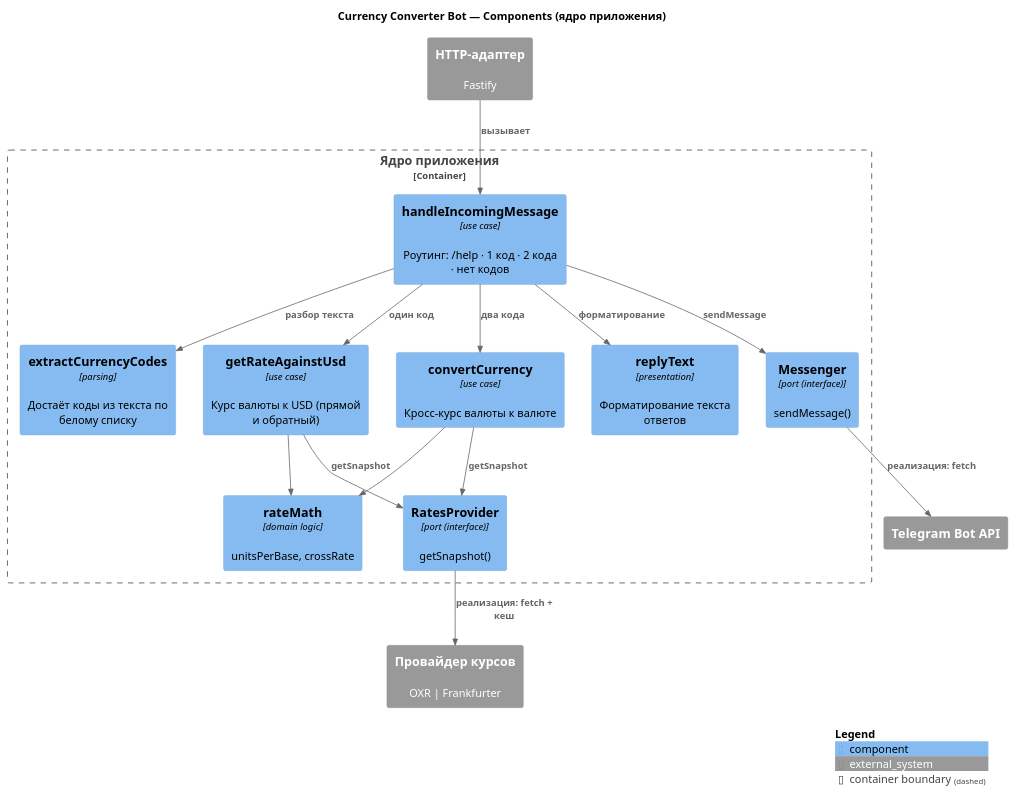
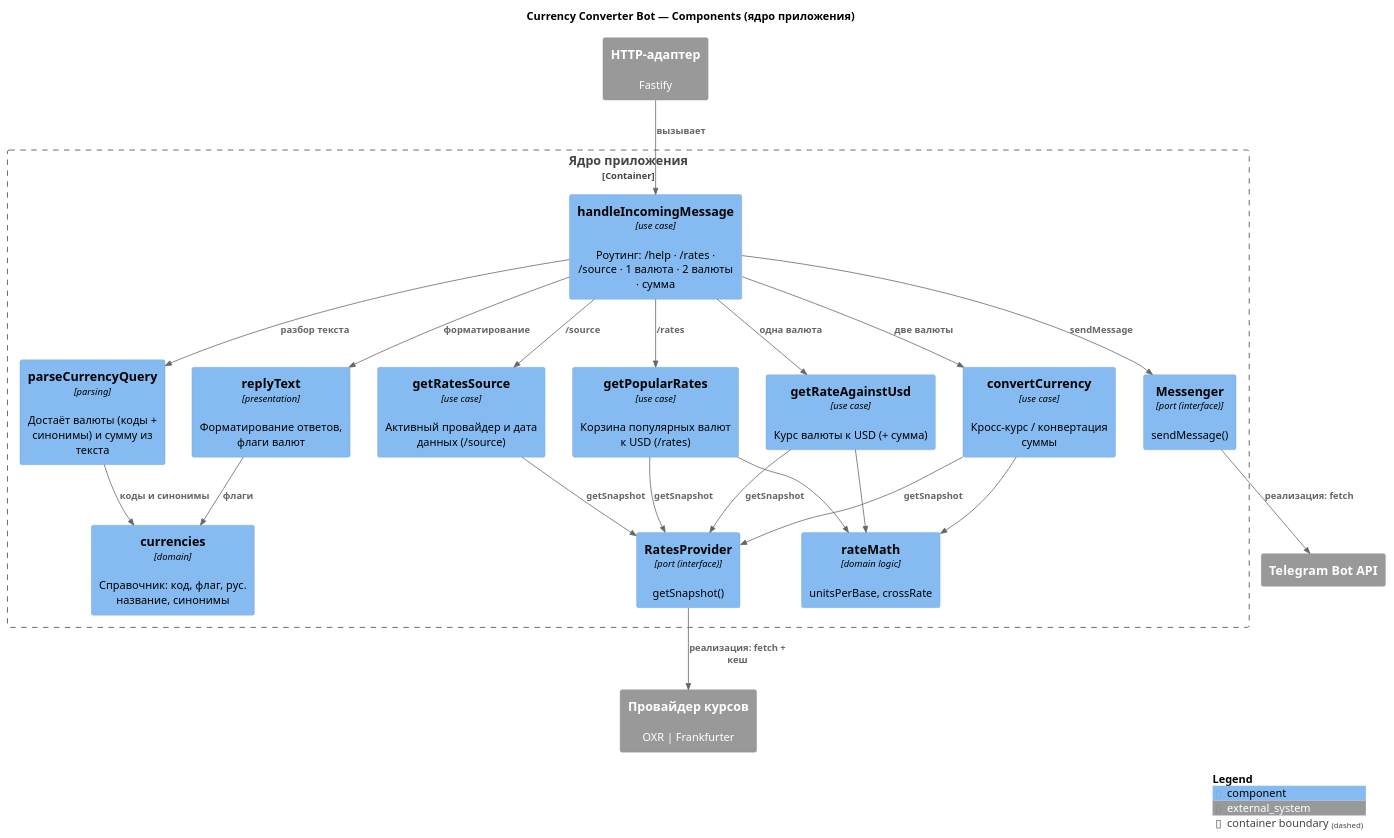
The diagram in docs/c4-component.puml (AlxTafari/BF-10-fullStack-Vibe), drawn with PlantUML before and after one commit. The commit also changed 22 other files, not shown here.

First line of the commit message:
feat: словарь валют, суммы, команды /rates и /source, флаги

```diff
--- a/docs/c4-component.puml
+++ b/docs/c4-component.puml
@@ -1,36 +1,46 @@
 @startuml C4_Component
 ' Currency Converter Bot — уровень 3: Components (ядро приложения)
 !include https://raw.githubusercontent.com/plantuml-stdlib/C4-PlantUML/latest/C4_Component.puml
 
 title Currency Converter Bot — Components (ядро приложения)
 
 System_Ext(http, "HTTP-адаптер", "Fastify")
 System_Ext(rates, "Провайдер курсов", "OXR | Frankfurter")
 System_Ext(tg, "Telegram Bot API")
 
 Container_Boundary(core, "Ядро приложения") {
-    Component(handle, "handleIncomingMessage", "use case", "Роутинг: /help · 1 код · 2 кода · нет кодов")
-    Component(parse, "extractCurrencyCodes", "parsing", "Достаёт коды из текста по белому списку")
-    Component(rateUsd, "getRateAgainstUsd", "use case", "Курс валюты к USD (прямой и обратный)")
-    Component(convert, "convertCurrency", "use case", "Кросс-курс валюты к валюте")
+    Component(handle, "handleIncomingMessage", "use case", "Роутинг: /help · /rates · /source · 1 валюта · 2 валюты · сумма")
+    Component(parse, "parseCurrencyQuery", "parsing", "Достаёт валюты (коды + синонимы) и сумму из текста")
+    Component(dict, "currencies", "domain", "Справочник: код, флаг, рус. название, синонимы")
+    Component(rateUsd, "getRateAgainstUsd", "use case", "Курс валюты к USD (+ сумма)")
+    Component(convert, "convertCurrency", "use case", "Кросс-курс / конвертация суммы")
+    Component(popular, "getPopularRates", "use case", "Корзина популярных валют к USD (/rates)")
+    Component(src, "getRatesSource", "use case", "Активный провайдер и дата данных (/source)")
     Component(math, "rateMath", "domain logic", "unitsPerBase, crossRate")
-    Component(reply, "replyText", "presentation", "Форматирование текста ответов")
+    Component(reply, "replyText", "presentation", "Форматирование ответов, флаги валют")
     Component(portRates, "RatesProvider", "port (interface)", "getSnapshot()")
     Component(portMsg, "Messenger", "port (interface)", "sendMessage()")
 }
 
 Rel(http, handle, "вызывает")
 Rel(handle, parse, "разбор текста")
-Rel(handle, rateUsd, "один код")
-Rel(handle, convert, "два кода")
+Rel(parse, dict, "коды и синонимы")
+Rel(reply, dict, "флаги")
+Rel(handle, rateUsd, "одна валюта")
+Rel(handle, convert, "две валюты")
+Rel(handle, popular, "/rates")
+Rel(handle, src, "/source")
 Rel(handle, reply, "форматирование")
 Rel(handle, portMsg, "sendMessage")
 Rel(rateUsd, math, "")
 Rel(convert, math, "")
+Rel(popular, math, "")
 Rel(rateUsd, portRates, "getSnapshot")
 Rel(convert, portRates, "getSnapshot")
+Rel(popular, portRates, "getSnapshot")
+Rel(src, portRates, "getSnapshot")
 Rel(portRates, rates, "реализация: fetch + кеш")
 Rel(portMsg, tg, "реализация: fetch")
 
 SHOW_LEGEND()
 @enduml
```
